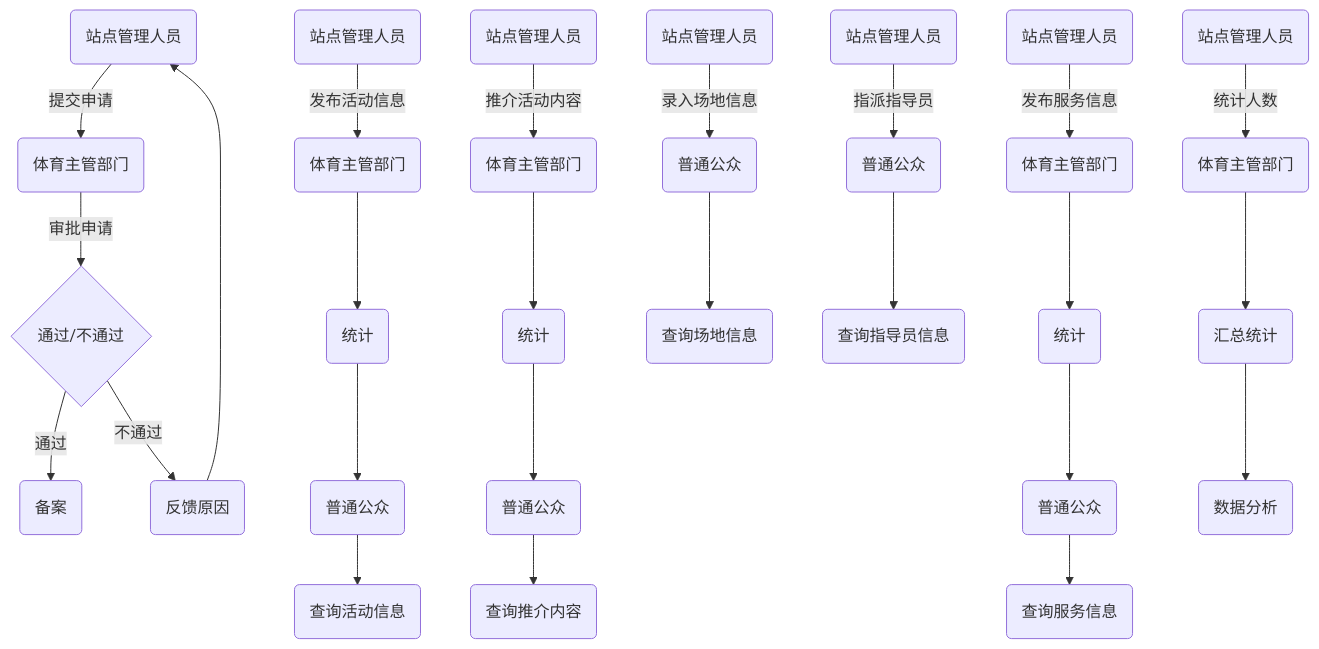
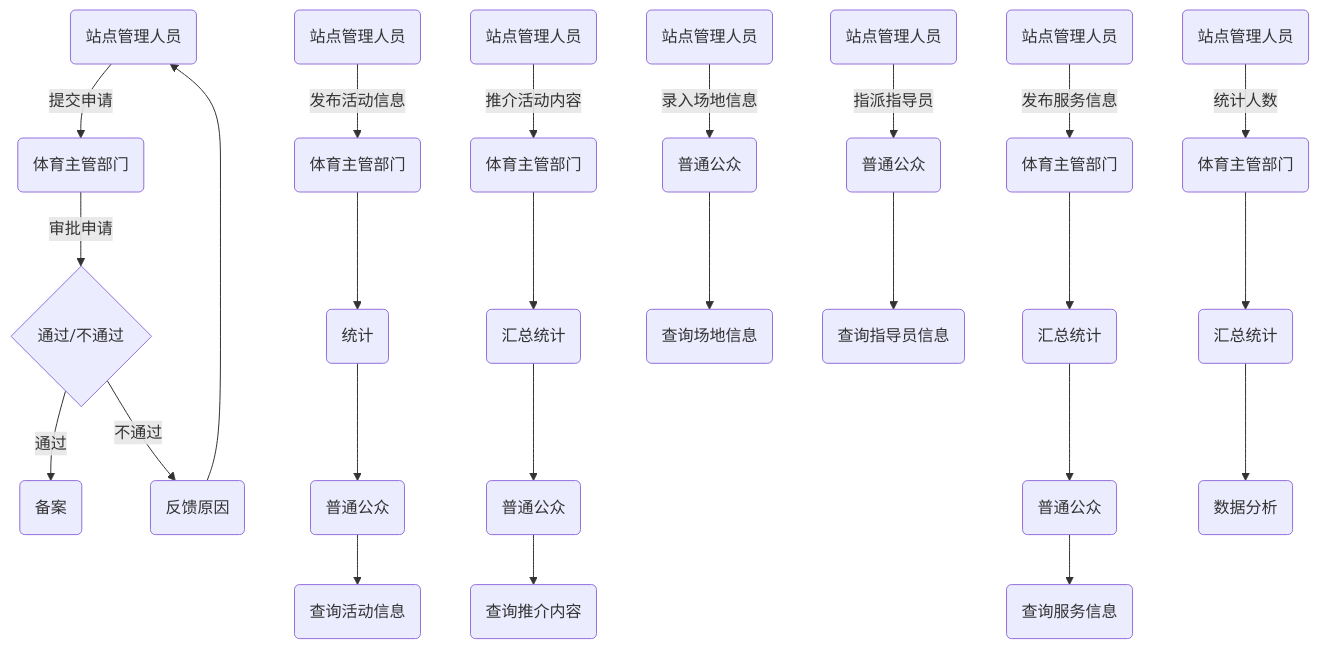
One commit to miaozjs/iodraw-files changed the diagram in all/未命名-1.md. Above: the diagram before and after it, drawn with Mermaid.

Commit message:
2024-06-13 17:35:37 update

````diff
--- a/all/未命名-1.md
+++ b/all/未命名-1.md
@@ -1,34 +1,34 @@
 ```mermaid
 graph TD
     A1(站点管理人员) -->|提交申请| A2(体育主管部门)
     A2 -->|审批申请| A3{通过/不通过}
     A3 -->|通过| A4(备案)
     A3 -->|不通过| A5(反馈原因)
     A5 --> A1
 
     B1(站点管理人员) -->|发布活动信息| B2(体育主管部门)
     B2 --> B3(统计)
     B3 --> B4(普通公众)
     B4 --> B5(查询活动信息)
 
     C1(站点管理人员) -->|推介活动内容| C2(体育主管部门)
-    C2 --> C3(统计)
+    C2 --> C3(汇总统计)
     C3 --> C4(普通公众)
     C4 --> C5(查询推介内容)
 
     D1(站点管理人员) -->|发布服务信息| D2(体育主管部门)
-    D2 --> D3(统计)
+    D2 --> D3(汇总统计)
     D3 --> D4(普通公众)
     D4 --> D5(查询服务信息)
 
     E1(站点管理人员) -->|录入场地信息| E4(普通公众)
     E4 --> E6(查询场地信息)
 
     F1(站点管理人员) -->|指派指导员| F4(普通公众)
     F4 --> F6(查询指导员信息)
 
     G1(站点管理人员) -->|统计人数| G2(体育主管部门)
     G2 --> G3(汇总统计)
     G3 --> G4(数据分析)
 
 ```
````
